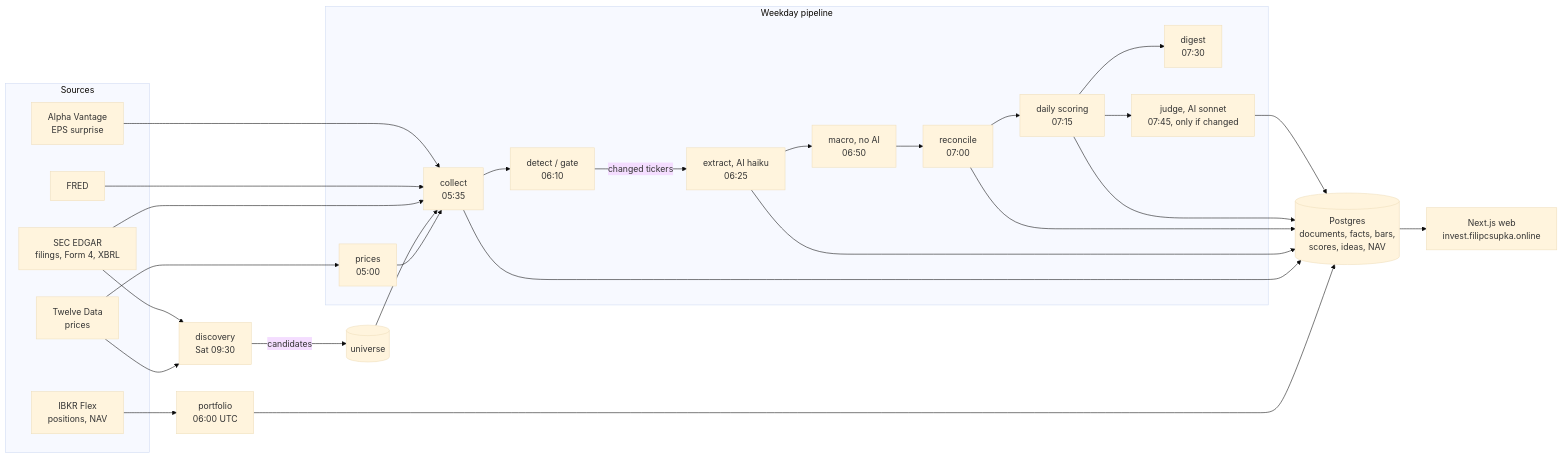
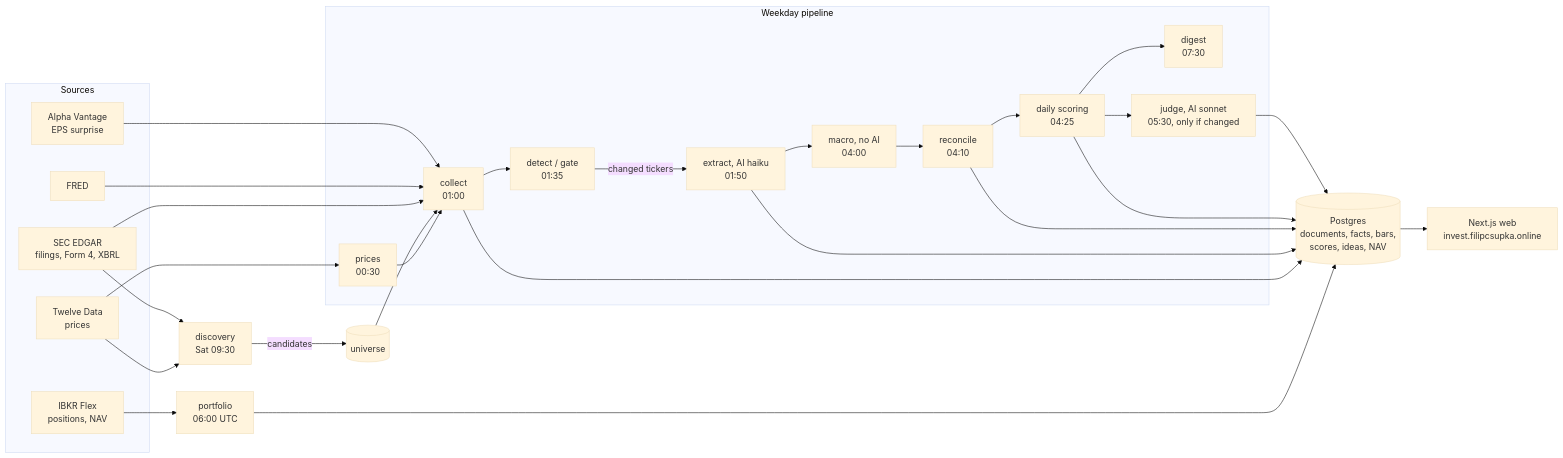
The first of 5 diagrams in docs/architecture.md (Filipcsupka/invest-buddy), drawn with Mermaid (base theme) before and after one commit. The commit also changed 10 other files, not shown here.

````diff
--- a/docs/architecture.md
+++ b/docs/architecture.md
@@ -9,40 +9,40 @@
 ```mermaid
 flowchart LR
   subgraph sources[Sources]
     SEC[SEC EDGAR<br/>filings, Form 4, XBRL]
     FRED[FRED]
     AV[Alpha Vantage<br/>EPS surprise]
     TD[Twelve Data<br/>prices]
     FLEX[IBKR Flex<br/>positions, NAV]
   end
 
   subgraph pipeline[Weekday pipeline]
-    PRICES[prices<br/>05:00] --> COLLECT[collect<br/>05:35]
-    COLLECT --> DETECT[detect / gate<br/>06:10]
-    DETECT -- changed tickers --> EXTRACT[extract, AI haiku<br/>06:25]
-    EXTRACT --> MACRO[macro, no AI<br/>06:50]
-    MACRO --> RECONCILE[reconcile<br/>07:00]
-    RECONCILE --> DAILY[daily scoring<br/>07:15]
+    PRICES[prices<br/>00:30] --> COLLECT[collect<br/>01:00]
+    COLLECT --> DETECT[detect / gate<br/>01:35]
+    DETECT -- changed tickers --> EXTRACT[extract, AI haiku<br/>01:50]
+    EXTRACT --> MACRO[macro, no AI<br/>04:00]
+    MACRO --> RECONCILE[reconcile<br/>04:10]
+    RECONCILE --> DAILY[daily scoring<br/>04:25]
     DAILY --> DIGEST[digest<br/>07:30]
-    DAILY --> JUDGE[judge, AI sonnet<br/>07:45, only if changed]
+    DAILY --> JUDGE[judge, AI sonnet<br/>05:30, only if changed]
   end
 
   DISC[discovery<br/>Sat 09:30] -- candidates --> UNIV[(universe)]
   UNIV --> COLLECT
   PORT[portfolio<br/>06:00 UTC] --> DB
 
   SEC --> COLLECT
   FRED --> COLLECT
   AV --> COLLECT
   TD --> PRICES
   TD --> DISC
   SEC --> DISC
   FLEX --> PORT
 
   COLLECT --> DB[(Postgres<br/>documents, facts, bars,<br/>scores, ideas, NAV)]
   EXTRACT --> DB
   RECONCILE --> DB
   DAILY --> DB
   JUDGE --> DB
   DB --> WEB[Next.js web<br/>invest.filipcsupka.online]
 ```
````
